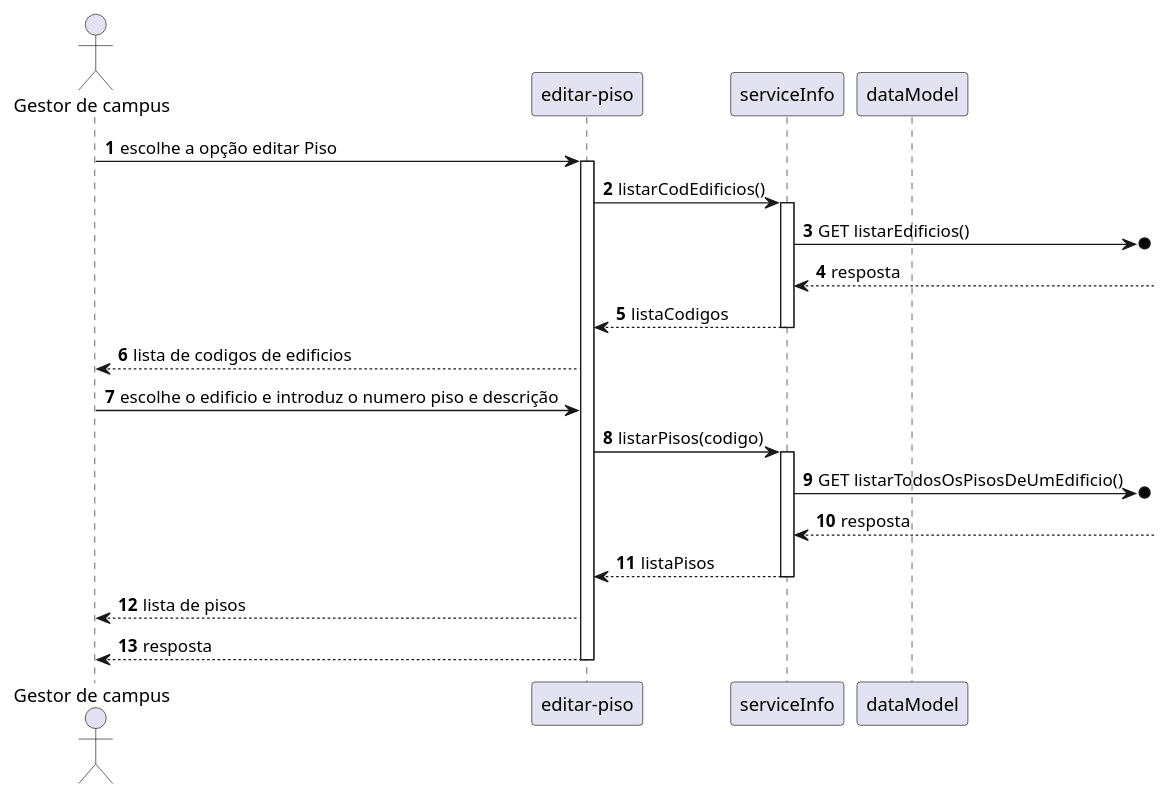
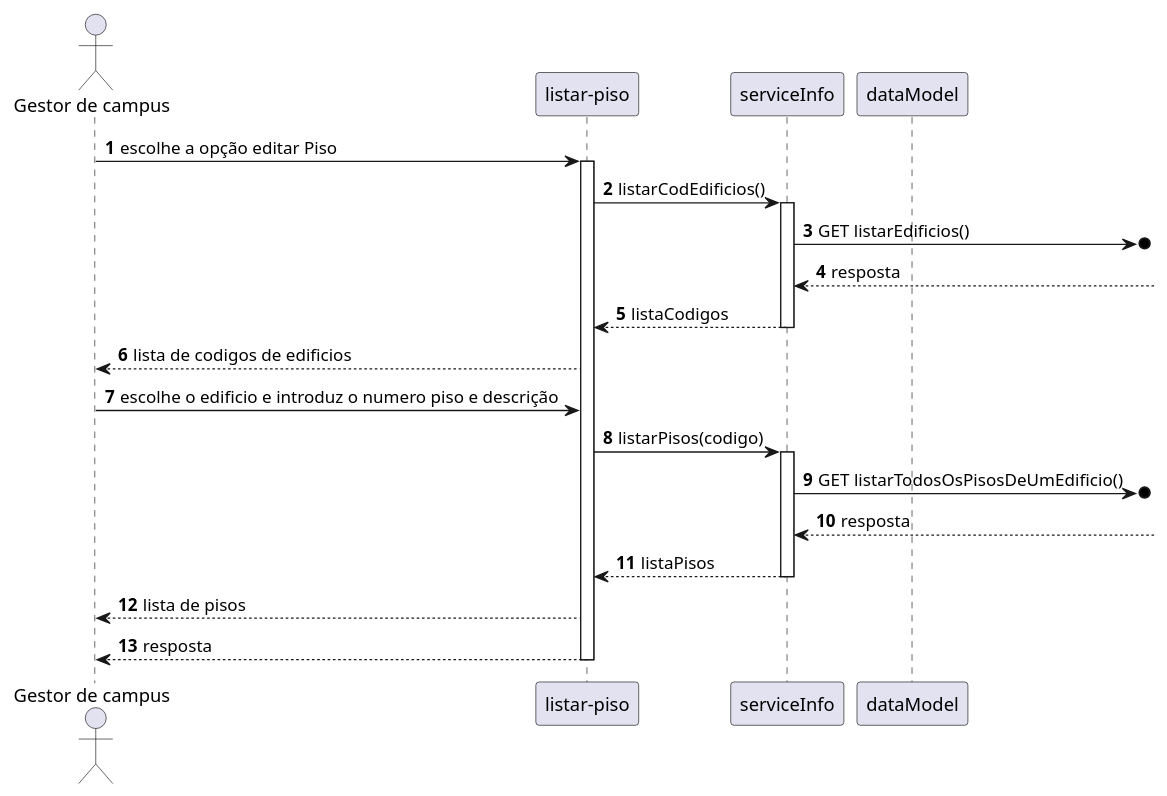
One commit to SEM5PI2324G58/sem5pi_g58_23_24 changed the diagram in docs/Sprint_B/US_1100/N3/US1100_VP.puml. Above: the diagram before and after it, drawn with PlantUML. The commit also changed 1 other file, not shown here.

```diff
--- a/docs/Sprint_B/US_1100/N3/US1100_VP.puml
+++ b/docs/Sprint_B/US_1100/N3/US1100_VP.puml
@@ -1,25 +1,25 @@
 autonumber
 
 actor "Gestor de campus" as ator
-participant "editar-piso" as component
+participant "listar-piso" as component
 participant "serviceInfo" as serviceInfo
 participant "dataModel" as dataModel
 
 
 ator -> component: escolhe a opção editar Piso
 activate component
 component -> serviceInfo: listarCodEdificios()
 activate serviceInfo
 serviceInfo ->o] : GET listarEdificios()
 serviceInfo<-- : resposta
 return listaCodigos
 ator <-- component: lista de codigos de edificios
 ator -> component: escolhe o edificio e introduz o numero piso e descrição
 
 component -> serviceInfo: listarPisos(codigo)
 activate serviceInfo
 serviceInfo ->o] : GET listarTodosOsPisosDeUmEdificio()
 serviceInfo<-- : resposta
 return listaPisos
 ator <-- component: lista de pisos
 return resposta
```
